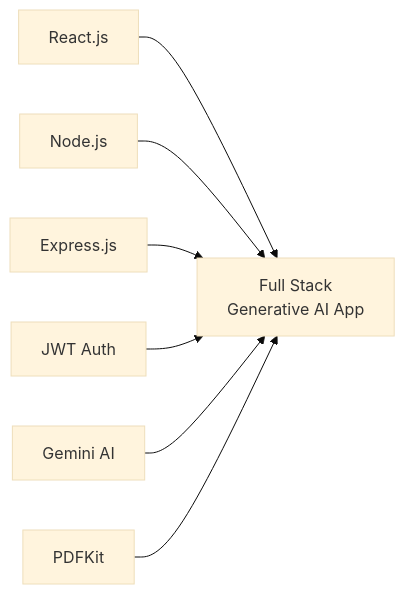
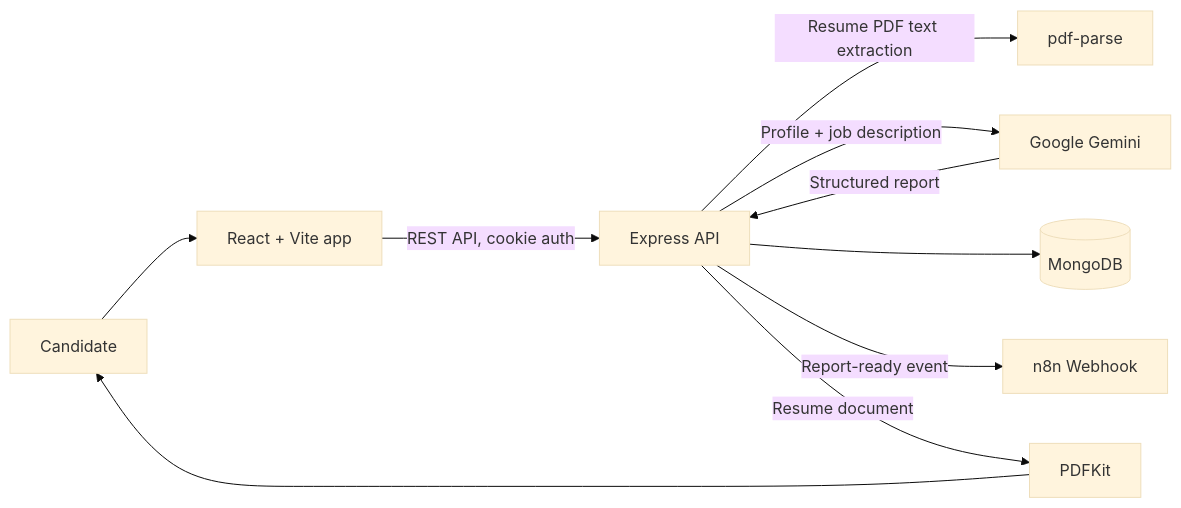
One commit to aryanvisualize/CareerAI changed the diagram in Readme.md. Above: the diagram before and after it, drawn with Mermaid (base theme). The commit also changed other lines of this file and 1 other file, not shown here.

Commit message:
docs: update README files to enhance project overview, local setup instructions, and API reference

````diff
--- a/Readme.md
+++ b/Readme.md
@@ -416,9 +32,12 @@
 ```mermaid
 flowchart LR
-    A[React.js] --> F[Full Stack<br/>Generative AI App]
-    B[Node.js] --> F
-    C[Express.js] --> F
-    D[JWT Auth] --> F
-    E[Gemini AI] --> F
-    G[PDFKit] --> F
+    Candidate[Candidate] --> Web[React + Vite app]
+    Web -->|REST API, cookie auth| API[Express API]
+    API -->|Resume PDF text extraction| Parse[pdf-parse]
+    API -->|Profile + job description| Gemini[Google Gemini]
+    Gemini -->|Structured report| API
+    API --> DB[(MongoDB)]
+    API -->|Report-ready event| N8N[n8n Webhook]
+    API -->|Resume document| PDF[PDFKit]
+    PDF --> Candidate
 ```
````
